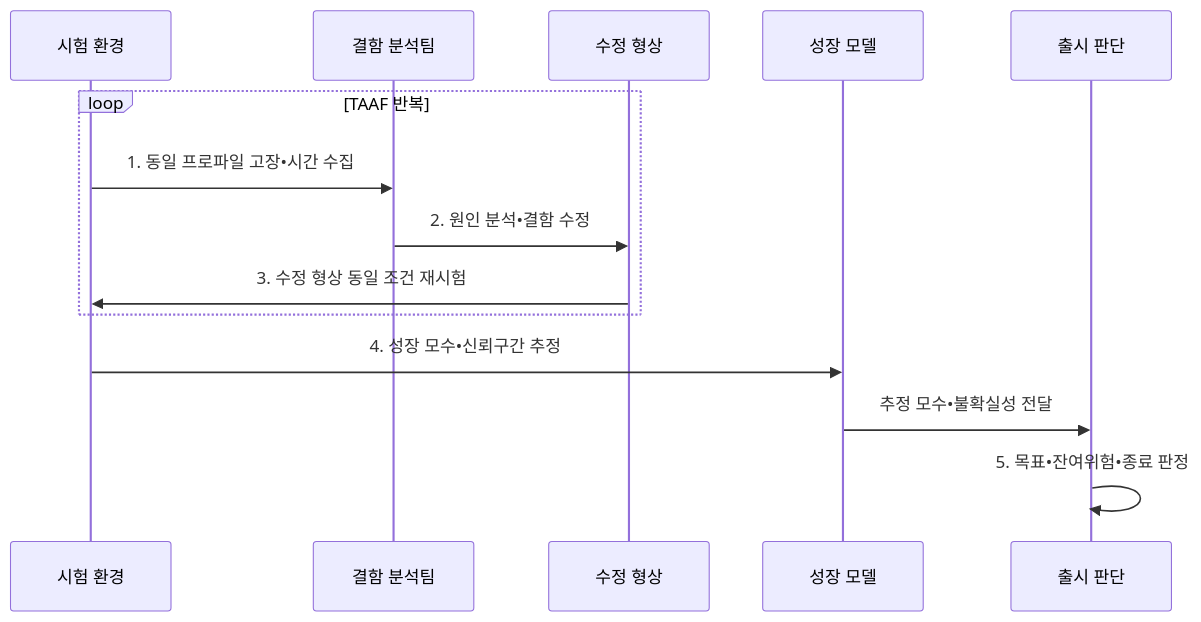
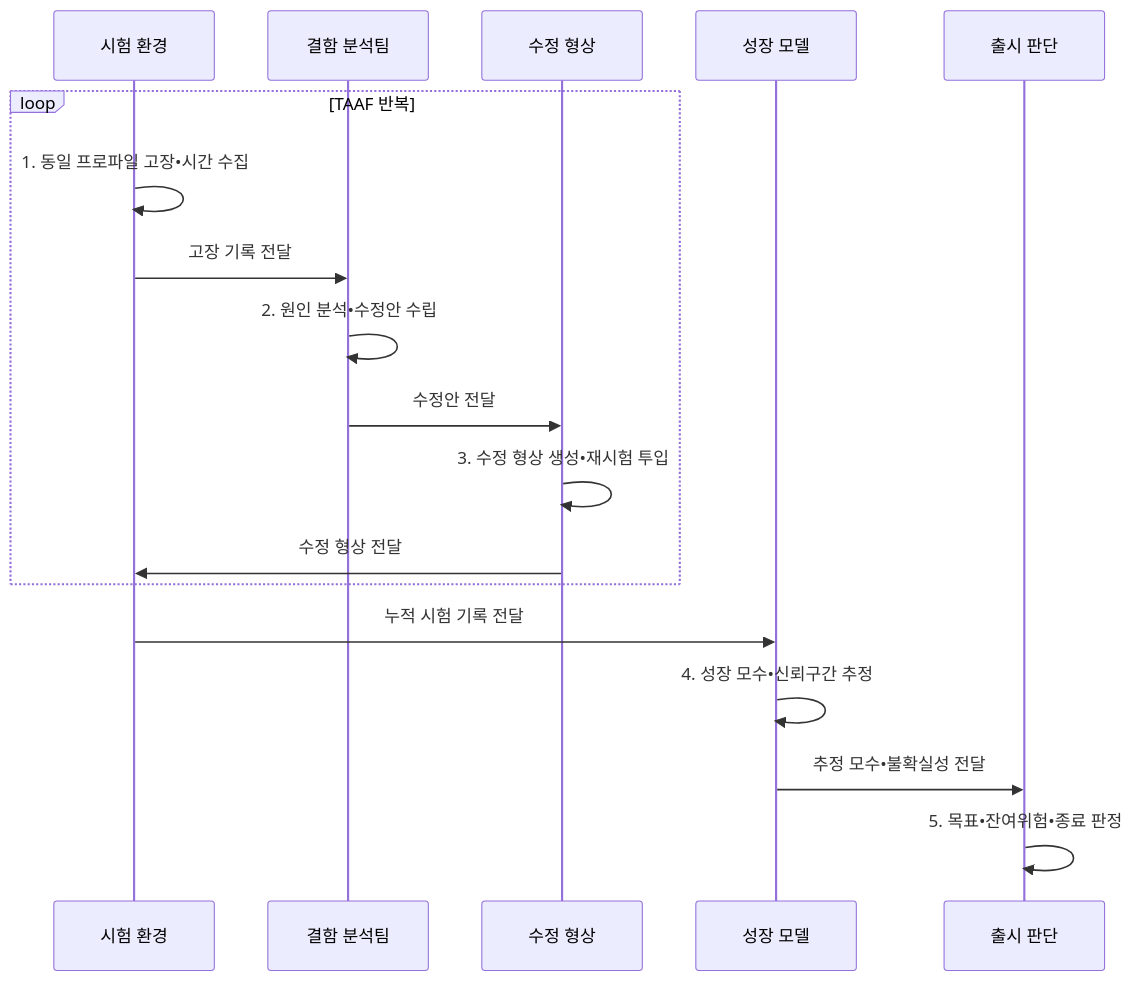
Before and after one commit to agnusdei1207/knowledge-base: the second of 2 diagrams in src/content/docs/notes/06-evaluation/025_reliability_growth_model.md, drawn with Mermaid. The commit also changed other lines of this file and 20 other files, not shown here.

````diff
--- a/src/content/docs/notes/06-evaluation/025_reliability_growth_model.md
+++ b/src/content/docs/notes/06-evaluation/025_reliability_growth_model.md
@@ -107,16 +107,20 @@
 ```mermaid
 sequenceDiagram
   participant T as 시험 환경
   participant A as 결함 분석팀
   participant F as 수정 형상
   participant M as 성장 모델
   participant D as 출시 판단
   loop TAAF 반복
-    T->>A: 1. 동일 프로파일 고장•시간 수집
-    A->>F: 2. 원인 분석•결함 수정
-    F->>T: 3. 수정 형상 동일 조건 재시험
+    T->>T: 1. 동일 프로파일 고장•시간 수집
+    T->>A: 고장 기록 전달
+    A->>A: 2. 원인 분석•수정안 수립
+    A->>F: 수정안 전달
+    F->>F: 3. 수정 형상 생성•재시험 투입
+    F->>T: 수정 형상 전달
   end
-  T->>M: 4. 성장 모수•신뢰구간 추정
+  T->>M: 누적 시험 기록 전달
+  M->>M: 4. 성장 모수•신뢰구간 추정
   M->>D: 추정 모수•불확실성 전달
   D->>D: 5. 목표•잔여위험•종료 판정
 ```
````
